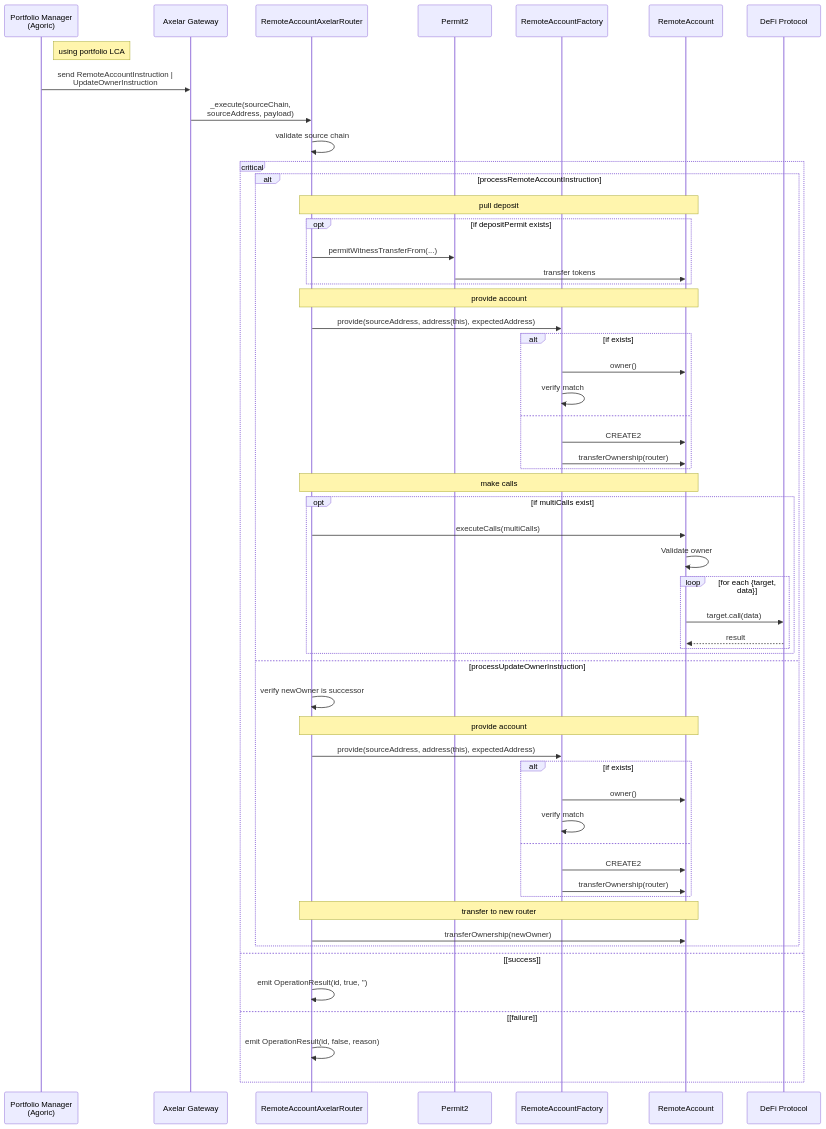
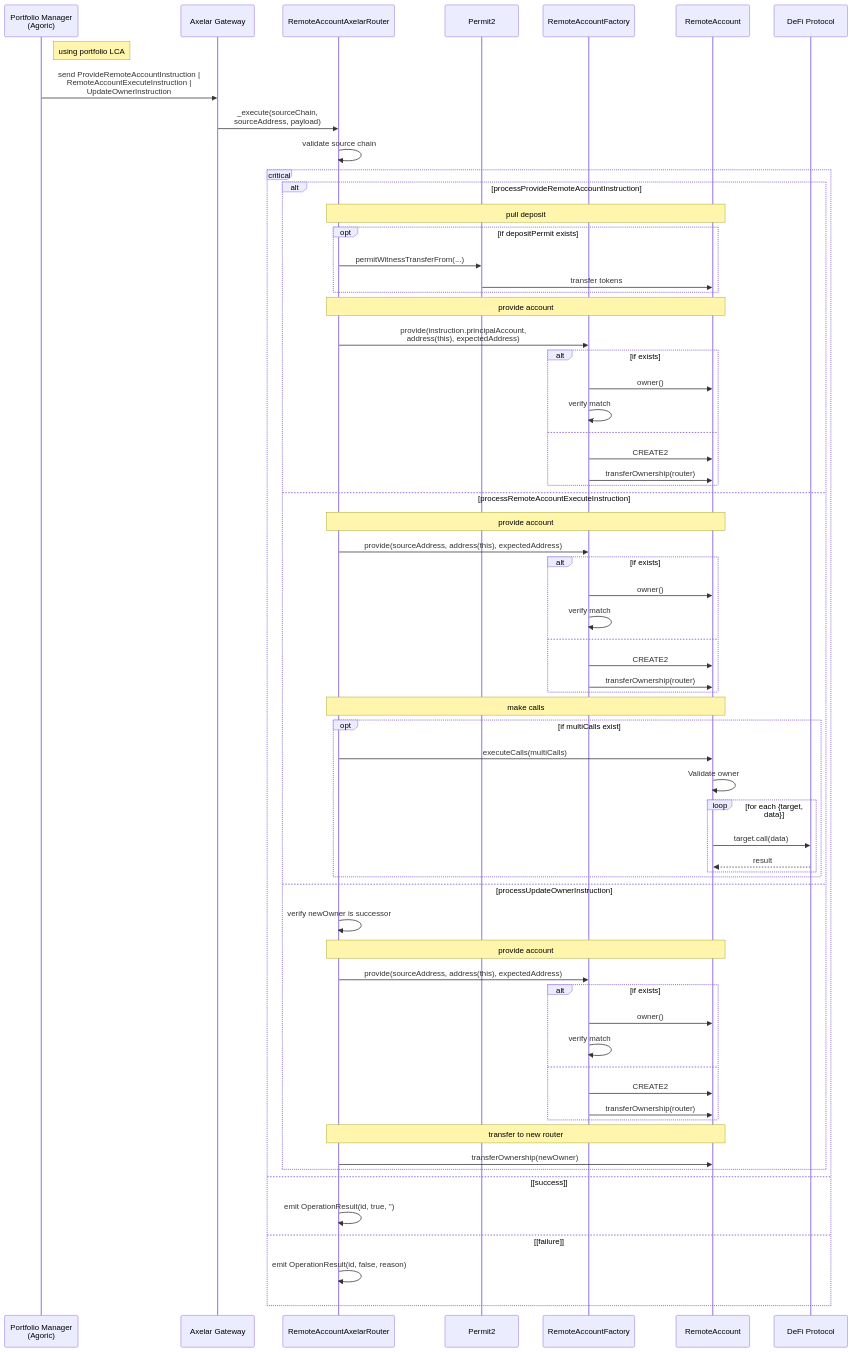
Before and after one commit to agoric-labs/agoric-to-axelar-local: the sixth of 8 diagrams in packages/axelar-local-dev-cosmos/src/contracts/design.md, drawn with Mermaid. The commit also changed other lines of this file, not shown here.

````diff
--- a/packages/axelar-local-dev-cosmos/src/contracts/design.md
+++ b/packages/axelar-local-dev-cosmos/src/contracts/design.md
@@ -336,65 +350,75 @@
 ```mermaid
 sequenceDiagram
     participant PM as Portfolio Manager<br/>(Agoric)
     participant AXL as Axelar Gateway
     participant PR as RemoteAccountAxelarRouter
     participant P2 as Permit2
     participant RAF as RemoteAccountFactory
     participant RA as RemoteAccount
     participant DEFI as DeFi Protocol
 
     Note right of PM: using portfolio LCA
-    PM->>AXL: send RemoteAccountInstruction |<br>UpdateOwnerInstruction
+    PM->>AXL: send ProvideRemoteAccountInstruction |<br>RemoteAccountExecuteInstruction |<br>UpdateOwnerInstruction
     AXL->>PR: _execute(sourceChain,<br>sourceAddress, payload)
 
     PR->>PR: validate source chain
 
     critical
-        alt processRemoteAccountInstruction
+        alt processProvideRemoteAccountInstruction
             Note over PR,RA: pull deposit
             opt if depositPermit exists
                 PR->>P2: permitWitnessTransferFrom(...)
                 P2->>RA: transfer tokens
             end
 
+            Note over PR,RA: provide account
+            PR->>RAF: provide(instruction.principalAccount,<br> address(this), expectedAddress)
+            alt if exists
+                RAF->>RA: owner()
+                RAF->>RAF: verify match
+            else
+                RAF->>RA: CREATE2
+                RAF->>RA: transferOwnership(router)
+            end
+        else processRemoteAccountExecuteInstruction
             Note over PR,RA: provide account
             PR->>RAF: provide(sourceAddress, address(this), expectedAddress)
             alt if exists
                 RAF->>RA: owner()
                 RAF->>RAF: verify match
             else
                 RAF->>RA: CREATE2
                 RAF->>RA: transferOwnership(router)
             end
 
             Note over PR,RA: make calls
             opt if multiCalls exist
                 PR->>RA: executeCalls(multiCalls)
                 RA->>RA: Validate owner
                 loop for each {target, data}
                     RA->>DEFI: target.call(data)
                     DEFI-->>RA: result
                 end
             end
         else processUpdateOwnerInstruction
             PR->>PR: verify newOwner is successor
 
             Note over PR,RA: provide account
             PR->>RAF: provide(sourceAddress, address(this), expectedAddress)
             alt if exists
                 RAF->>RA: owner()
                 RAF->>RAF: verify match
             else
                 RAF->>RA: CREATE2
                 RAF->>RA: transferOwnership(router)
             end
 
             Note over PR,RA: transfer to new router
             PR->>RA: transferOwnership(newOwner)
         end
     option [success]
         PR->>PR: emit OperationResult(id, true, '')
     option [failure]
         PR->>PR: emit OperationResult(id, false, reason)
     end
 ```
````
